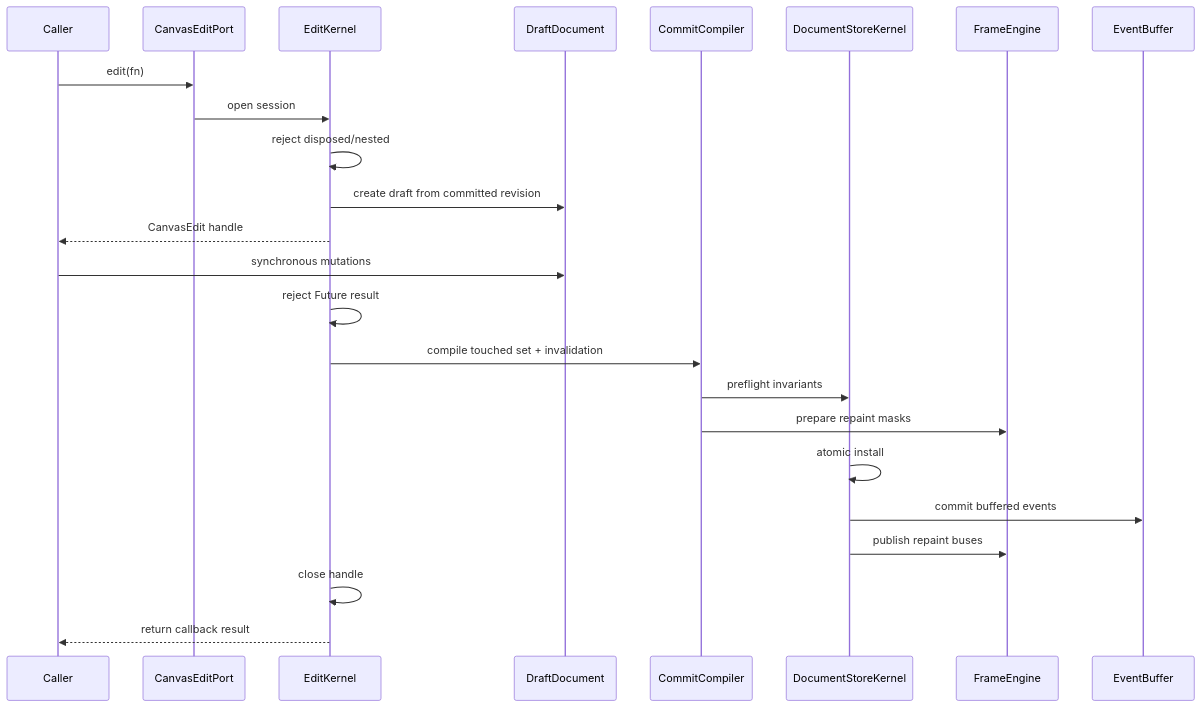
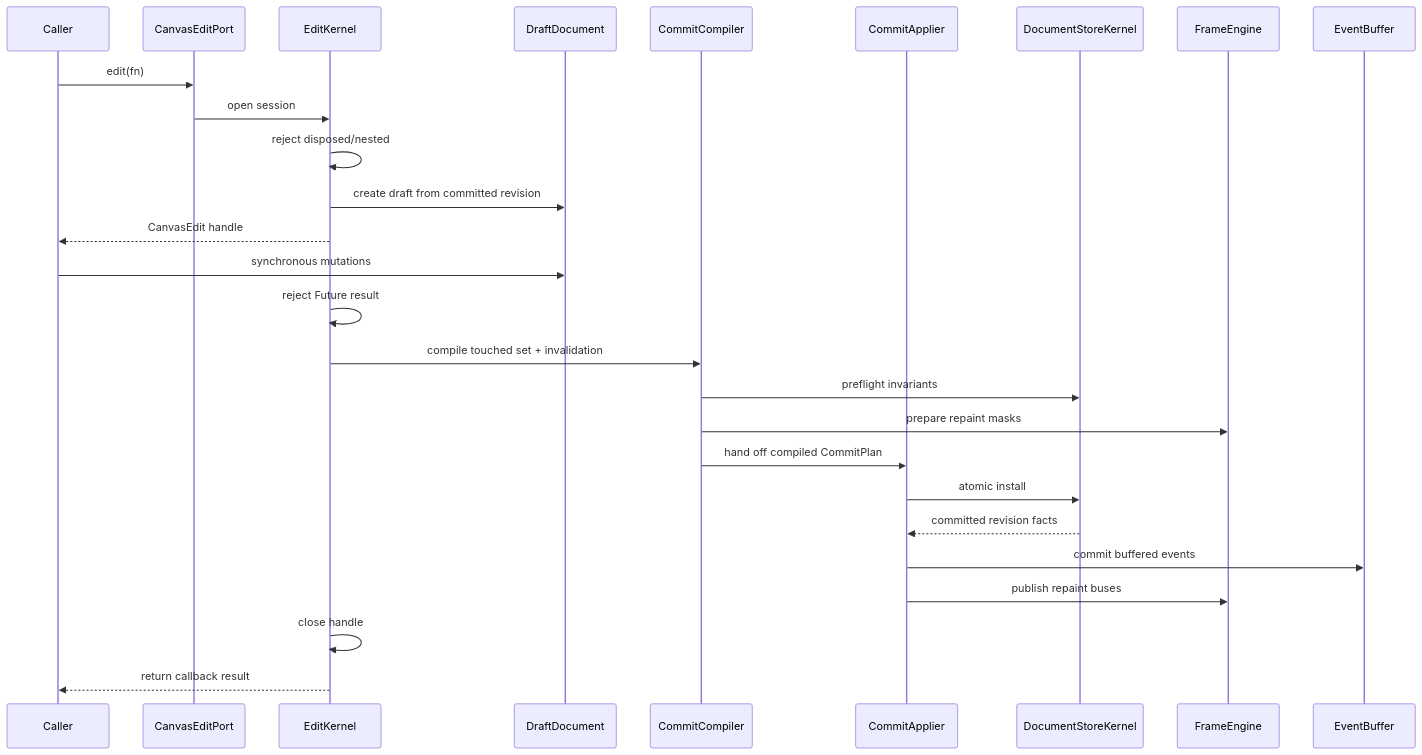
The first of 2 diagrams in next/iwb_canvas_engine_next/docs/contracts/edit_kernel.md (GreatPika/iwb_canvas_engine), drawn with Mermaid before and after one commit. The commit also changed other lines of this file and 17 other files, not shown here.

First line of the commit message:
docs: align architecture diagrams with contracts

````diff
--- a/next/iwb_canvas_engine_next/docs/contracts/edit_kernel.md
+++ b/next/iwb_canvas_engine_next/docs/contracts/edit_kernel.md
@@ -44,27 +44,30 @@
 ```mermaid
 sequenceDiagram
   participant Caller
   participant API as CanvasEditPort
   participant EK as EditKernel
   participant Draft as DraftDocument
   participant CC as CommitCompiler
+  participant Applier as CommitApplier
   participant Store as DocumentStoreKernel
   participant Frame as FrameEngine
   participant Events as EventBuffer
 
   Caller->>API: edit(fn)
   API->>EK: open session
   EK->>EK: reject disposed/nested
   EK->>Draft: create draft from committed revision
   EK-->>Caller: CanvasEdit handle
   Caller->>Draft: synchronous mutations
   EK->>EK: reject Future result
   EK->>CC: compile touched set + invalidation
   CC->>Store: preflight invariants
   CC->>Frame: prepare repaint masks
-  Store->>Store: atomic install
-  Store->>Events: commit buffered events
-  Store->>Frame: publish repaint buses
+  CC->>Applier: hand off compiled CommitPlan
+  Applier->>Store: atomic install
+  Store-->>Applier: committed revision facts
+  Applier->>Events: commit buffered events
+  Applier->>Frame: publish repaint buses
   EK->>EK: close handle
   EK-->>Caller: return callback result
 ```
````
